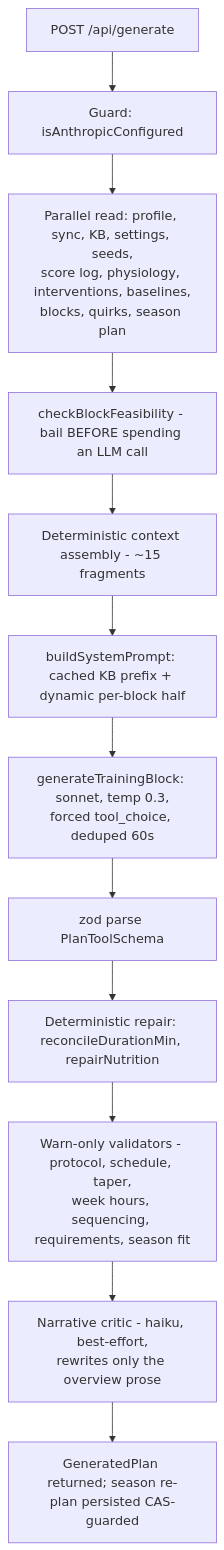
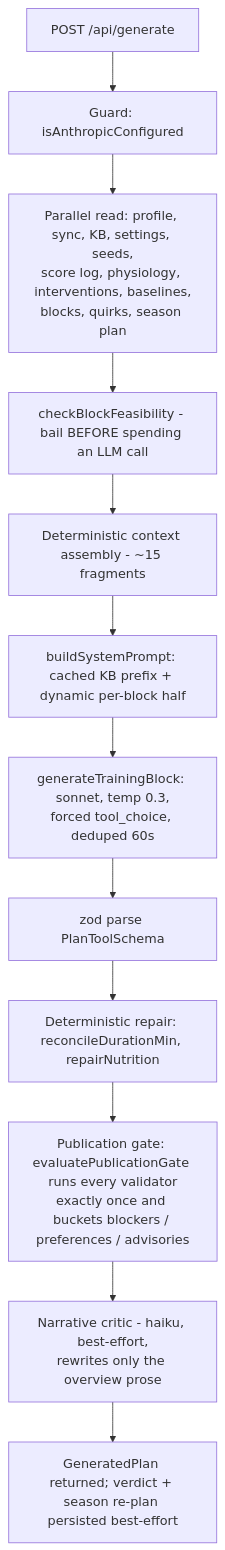
Before and after one commit to Xon333/Nodevelo: the diagram in docs/systems/06-generation.md, drawn with Mermaid. The commit also changed other lines of this file and 26 other files, not shown here.

First line of the commit message:
ox/publication gate (#97)

````diff
--- a/docs/systems/06-generation.md
+++ b/docs/systems/06-generation.md
@@ -18,14 +18,14 @@
 ```mermaid
 flowchart TD
   A[POST /api/generate] --> B[Guard: isAnthropicConfigured]
   B --> C[Parallel read: profile, sync, KB, settings, seeds,\nscore log, physiology, interventions, baselines,\nblocks, quirks, season plan]
   C --> D[checkBlockFeasibility - bail BEFORE spending an LLM call]
   D --> E[Deterministic context assembly - ~15 fragments]
   E --> F[buildSystemPrompt: cached KB prefix + dynamic per-block half]
   F --> G[generateTrainingBlock: sonnet, temp 0.3,\nforced tool_choice, deduped 60s]
   G --> H[zod parse PlanToolSchema]
   H --> I[Deterministic repair: reconcileDurationMin, repairNutrition]
-  I --> J[Warn-only validators - protocol, schedule, taper,\nweek hours, sequencing, requirements, season fit]
+  I --> J[Publication gate: evaluatePublicationGate runs every validator\nexactly once and buckets blockers / preferences / advisories]
   J --> K[Narrative critic - haiku, best-effort,\nrewrites only the overview prose]
-  K --> L[GeneratedPlan returned; season re-plan persisted CAS-guarded]
+  K --> L[GeneratedPlan returned; verdict + season re-plan persisted best-effort]
 ```
````
